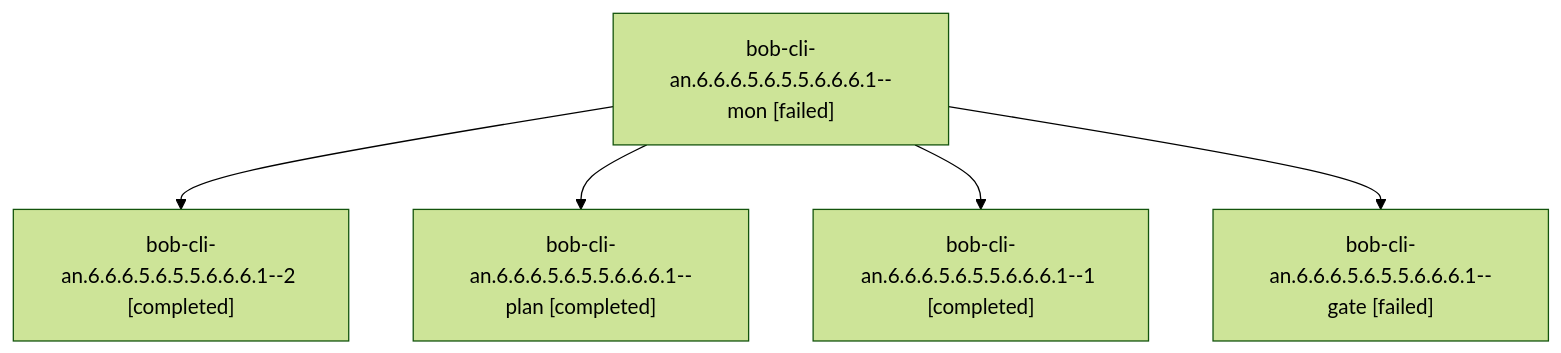
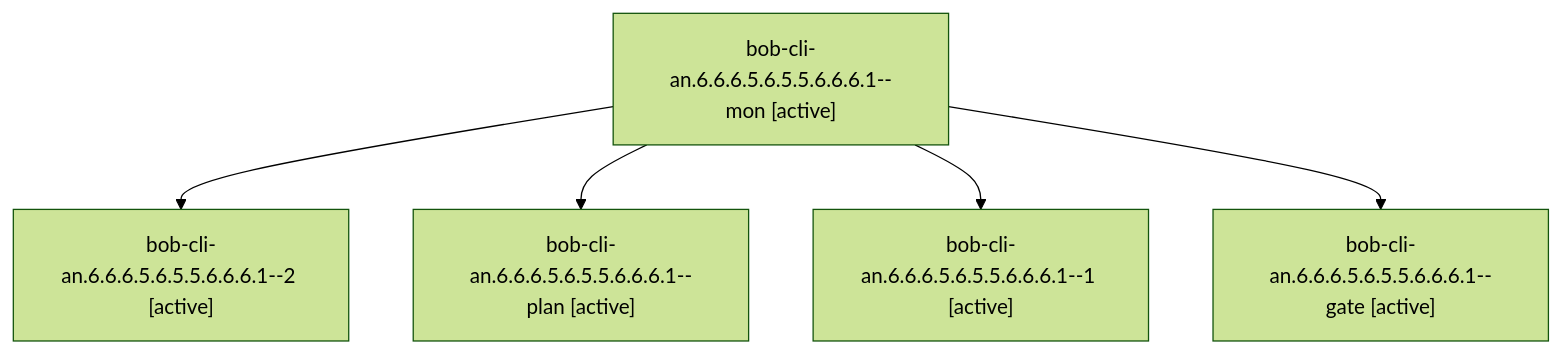
Before and after one commit to bobs-org/bob-cli--agents: the diagram in sessions/bbugyi200.athena.bob-cli-an.6.6.6.5.6.5.5.6.6.6.1.md, drawn with Mermaid (forest theme). The commit also changed other lines of this file and 542 other files, not shown here.

````diff
--- a/sessions/bbugyi200.athena.bob-cli-an.6.6.6.5.6.5.5.6.6.6.1.md
+++ b/sessions/bbugyi200.athena.bob-cli-an.6.6.6.5.6.5.5.6.6.6.1.md
@@ -9,12 +9,12 @@
 ```mermaid
 flowchart TD
-  n0["bob-cli-an.6.6.6.5.6.5.5.6.6.6.1--mon [failed]"]
-  n1["bob-cli-an.6.6.6.5.6.5.5.6.6.6.1--2 [completed]"]
+  n0["bob-cli-an.6.6.6.5.6.5.5.6.6.6.1--mon [active]"]
+  n1["bob-cli-an.6.6.6.5.6.5.5.6.6.6.1--2 [active]"]
   n0 --> n1
-  n2["bob-cli-an.6.6.6.5.6.5.5.6.6.6.1--plan [completed]"]
+  n2["bob-cli-an.6.6.6.5.6.5.5.6.6.6.1--plan [active]"]
   n0 --> n2
-  n3["bob-cli-an.6.6.6.5.6.5.5.6.6.6.1--1 [completed]"]
+  n3["bob-cli-an.6.6.6.5.6.5.5.6.6.6.1--1 [active]"]
   n0 --> n3
-  n4["bob-cli-an.6.6.6.5.6.5.5.6.6.6.1--gate [failed]"]
+  n4["bob-cli-an.6.6.6.5.6.5.5.6.6.6.1--gate [active]"]
   n0 --> n4
 ```
````
